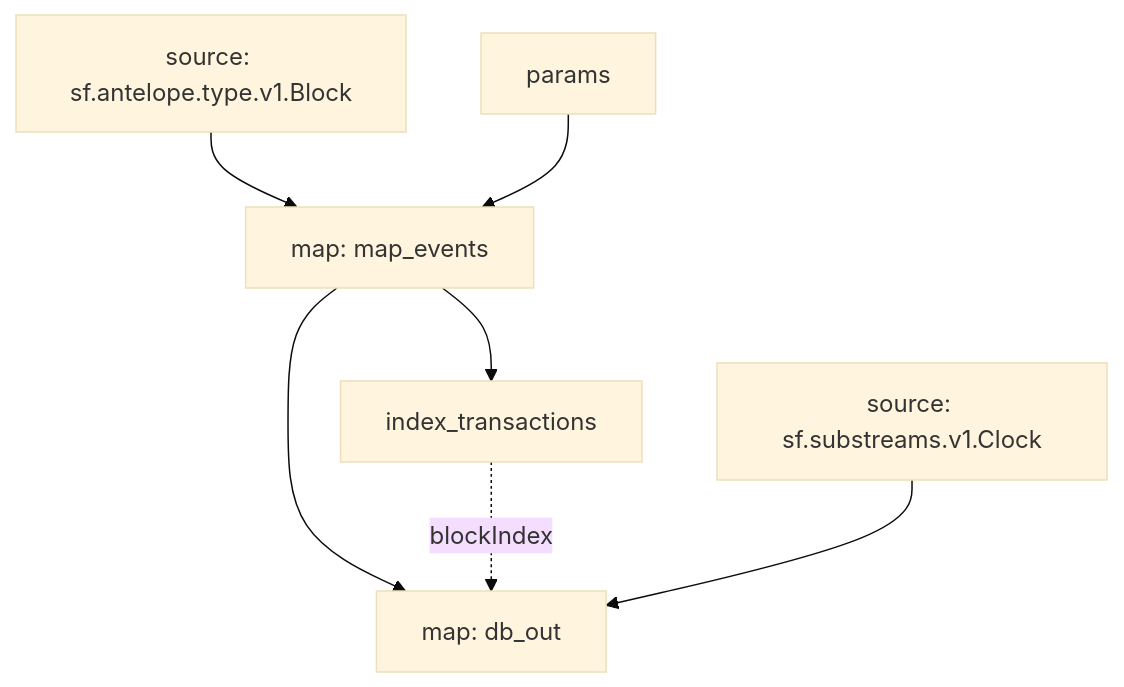
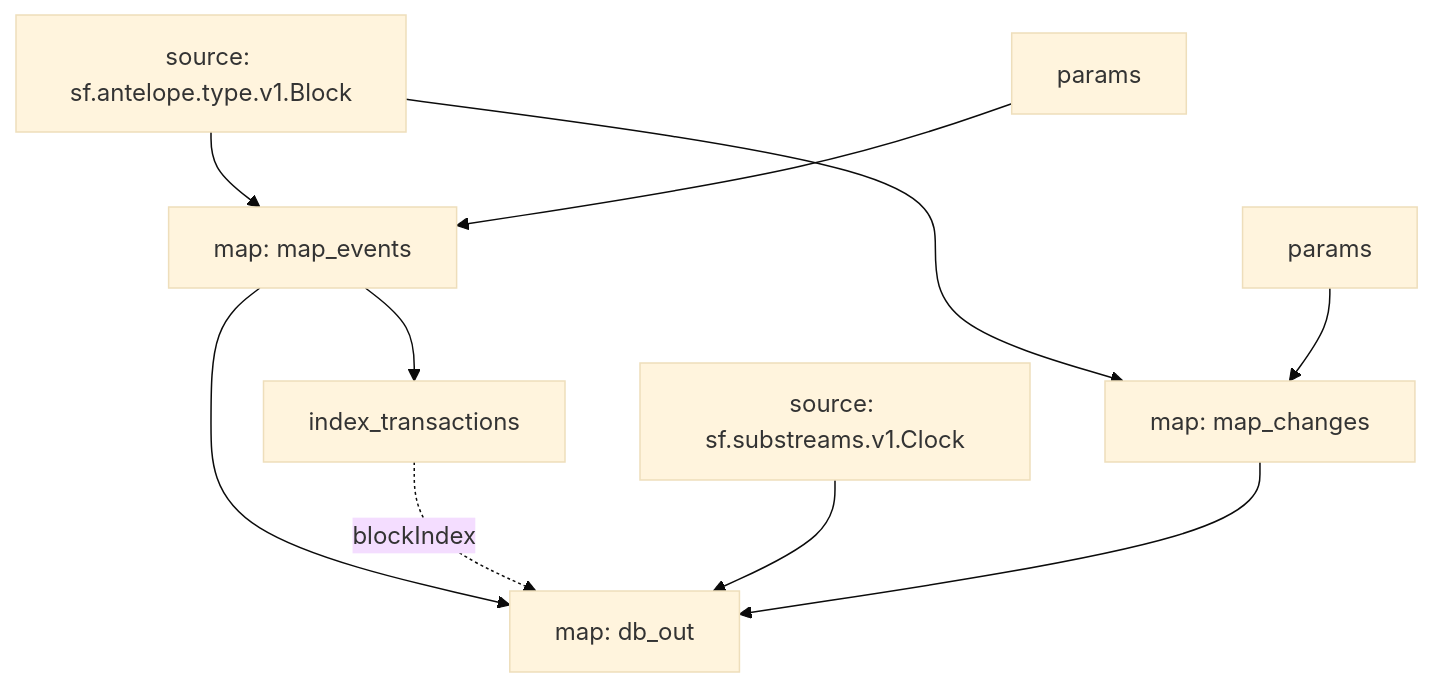
One commit to pinax-network/substreams-eos-ram changed the diagram in README.md. Above: the diagram before and after it, drawn with Mermaid (base theme). The commit also changed other lines of this file and 5 other files, not shown here.

````diff
--- a/README.md
+++ b/README.md
@@ -21,13 +21,18 @@
 ```mermaid
 graph TD;
   sf.antelope.type.v1.Block[source: sf.antelope.type.v1.Block] --> map_events;
+  sf.antelope.type.v1.Block[source: sf.antelope.type.v1.Block] --> map_changes;
 
   map_events[map: map_events];
   map_events:params[params] --> map_events;
   map_events --> index_transactions;
   map_events --> db_out;
 
   index_transactions -.-> |blockIndex| db_out;
   sf.substreams.v1.Clock[source: sf.substreams.v1.Clock] --> db_out;
   db_out[map: db_out];
+
+  map_changes[map: map_changes];
+  map_changes:params[params] --> map_changes;
+  map_changes --> db_out;
 ```
````
